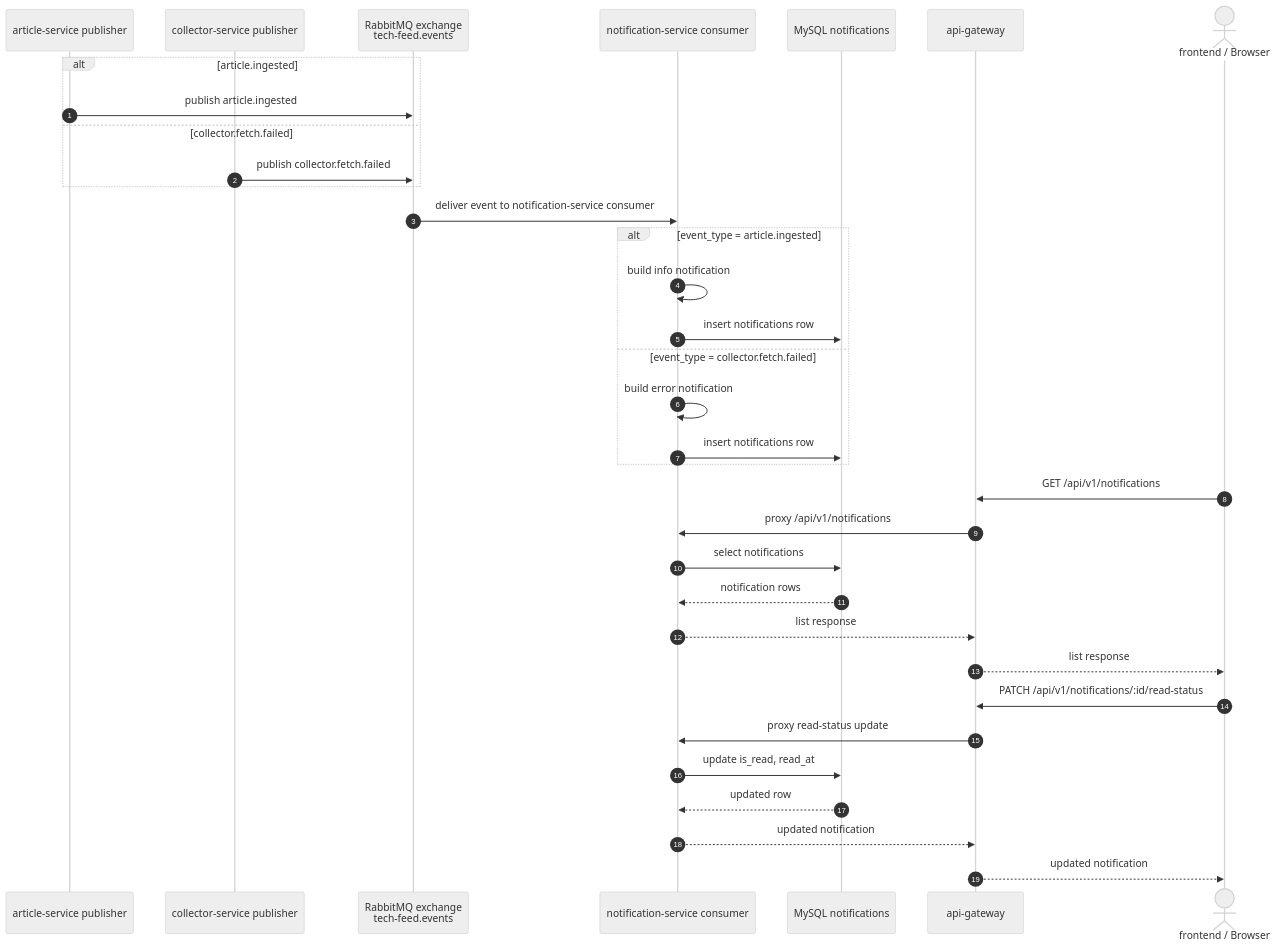
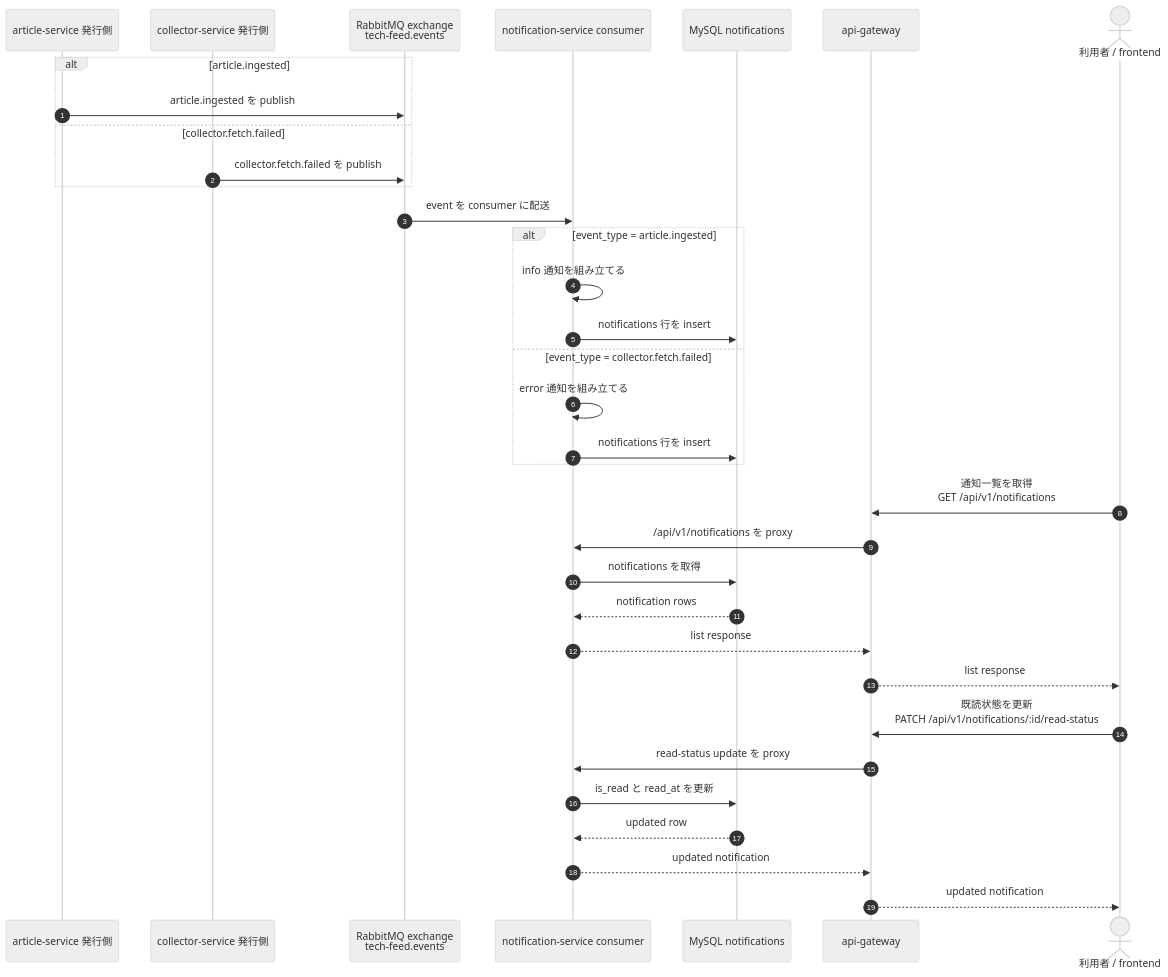
The diagram in docs/diagrams/notification-generation-flow.md (syuhei0519/tech-news-hub), drawn with Mermaid (neutral theme) before and after one commit. The commit also changed 2 other files, not shown here.

Commit message:
docs: Mermaid 図の日本語表記を調整

````diff
--- a/docs/diagrams/notification-generation-flow.md
+++ b/docs/diagrams/notification-generation-flow.md
@@ -6,41 +6,41 @@
 ```mermaid
 sequenceDiagram
   autonumber
-  participant A as article-service publisher
-  participant C as collector-service publisher
+  participant A as article-service 発行側
+  participant C as collector-service 発行側
   participant MQ as RabbitMQ exchange<br/>tech-feed.events
   participant N as notification-service consumer
   participant DB as MySQL notifications
   participant G as api-gateway
-  actor F as frontend / Browser
+  actor F as 利用者 / frontend
 
   alt article.ingested
-    A->>MQ: publish article.ingested
+    A->>MQ: article.ingested を publish
   else collector.fetch.failed
-    C->>MQ: publish collector.fetch.failed
+    C->>MQ: collector.fetch.failed を publish
   end
 
-  MQ->>N: deliver event to notification-service consumer
+  MQ->>N: event を consumer に配送
 
   alt event_type = article.ingested
-    N->>N: build info notification
-    N->>DB: insert notifications row
+    N->>N: info 通知を組み立てる
+    N->>DB: notifications 行を insert
   else event_type = collector.fetch.failed
-    N->>N: build error notification
-    N->>DB: insert notifications row
+    N->>N: error 通知を組み立てる
+    N->>DB: notifications 行を insert
   end
 
-  F->>G: GET /api/v1/notifications
-  G->>N: proxy /api/v1/notifications
-  N->>DB: select notifications
+  F->>G: 通知一覧を取得<br/>GET /api/v1/notifications
+  G->>N: /api/v1/notifications を proxy
+  N->>DB: notifications を取得
   DB-->>N: notification rows
   N-->>G: list response
   G-->>F: list response
 
-  F->>G: PATCH /api/v1/notifications/:id/read-status
-  G->>N: proxy read-status update
-  N->>DB: update is_read, read_at
+  F->>G: 既読状態を更新<br/>PATCH /api/v1/notifications/:id/read-status
+  G->>N: read-status update を proxy
+  N->>DB: is_read と read_at を更新
   DB-->>N: updated row
   N-->>G: updated notification
   G-->>F: updated notification
 ```
````
